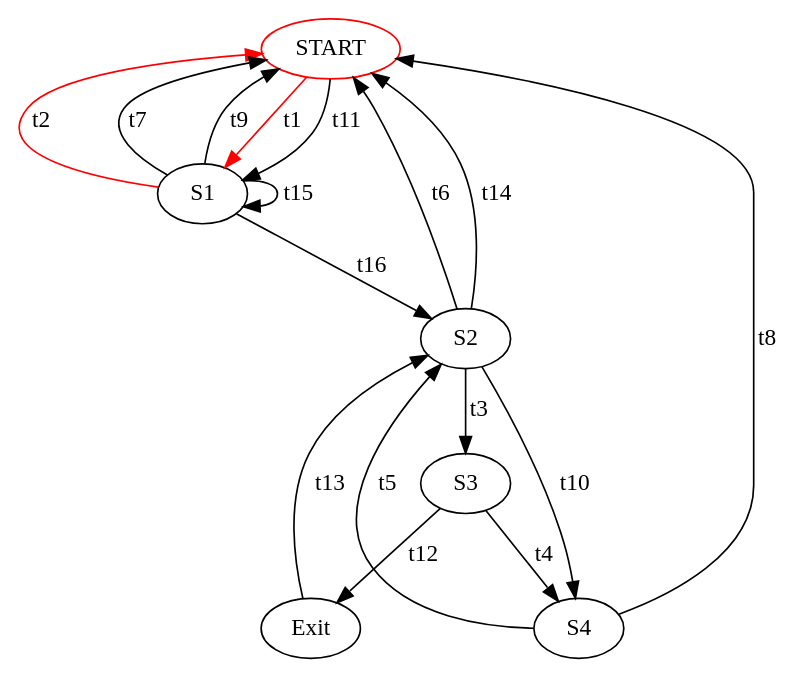
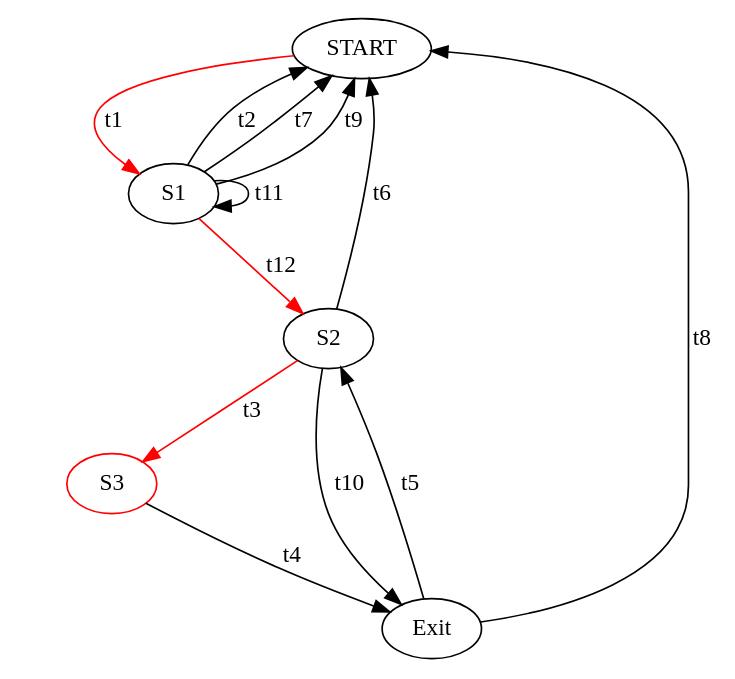
Before and after one commit to Catxiaobai/project: the diagram in file/webchess.dot, drawn with Graphviz. The commit also changed 24 other files, not shown here.

```diff
--- a/file/webchess.dot
+++ b/file/webchess.dot
@@ -1,19 +1,15 @@
 digraph g {
 ratio = 1.25 
  START -> S1 [ label="t1",color = red];
- S1 -> START [ label="t2",color = red];
- S2 -> S3 [ label="t3"];
- S3 -> S4 [ label="t4"];
- S4 -> S2 [ label="t5"];
+ S1 -> START [ label="t2"];
+ S2 -> S3 [ label="t3",color = red];
+ S3 -> Exit [ label="t4"];
+ Exit -> S2 [ label="t5"];
  S2 -> START [ label="t6"];
  S1 -> START [ label="t7"];
- S4 -> START [ label="t8"];
+ Exit -> START [ label="t8"];
  S1 -> START [ label="t9"];
- S2 -> S4 [ label="t10"];
- START -> S1 [ label="t11"];
- S3 -> Exit [ label="t12"];
- Exit -> S2 [ label="t13"];
- S2 -> START [ label="t14"];
- S1 -> S1 [ label="t15"];
- S1 -> S2 [ label="t16"];
-START[color=red]}
+ S2 -> Exit [ label="t10"];
+ S1 -> S1 [ label="t11"];
+ S1 -> S2 [ label="t12",color = red];
+S3[color=red]}
```
